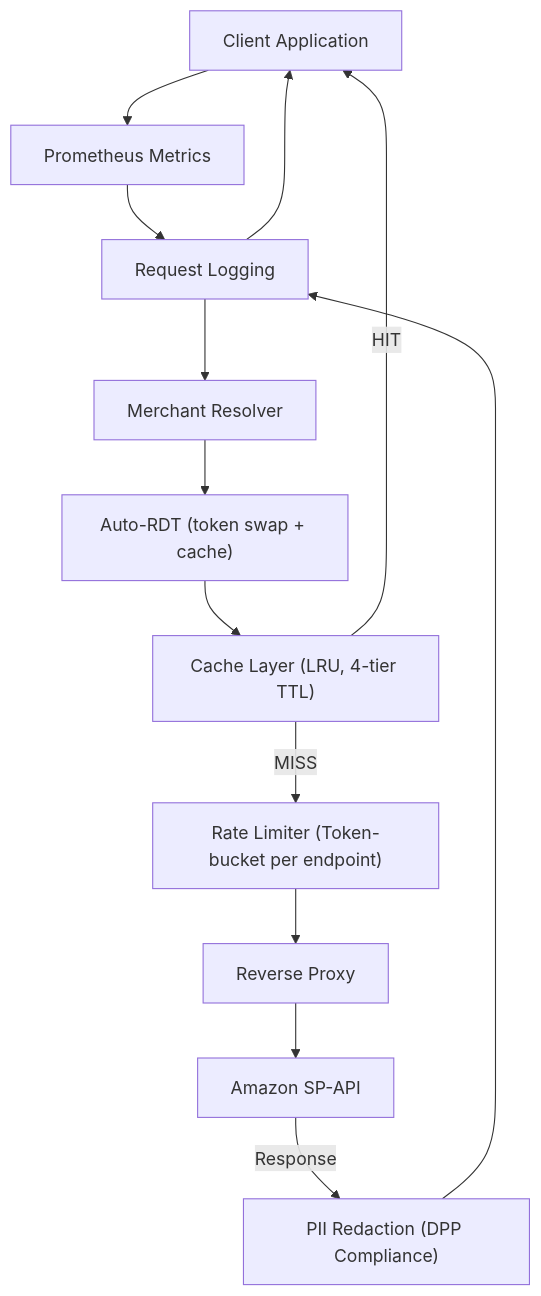
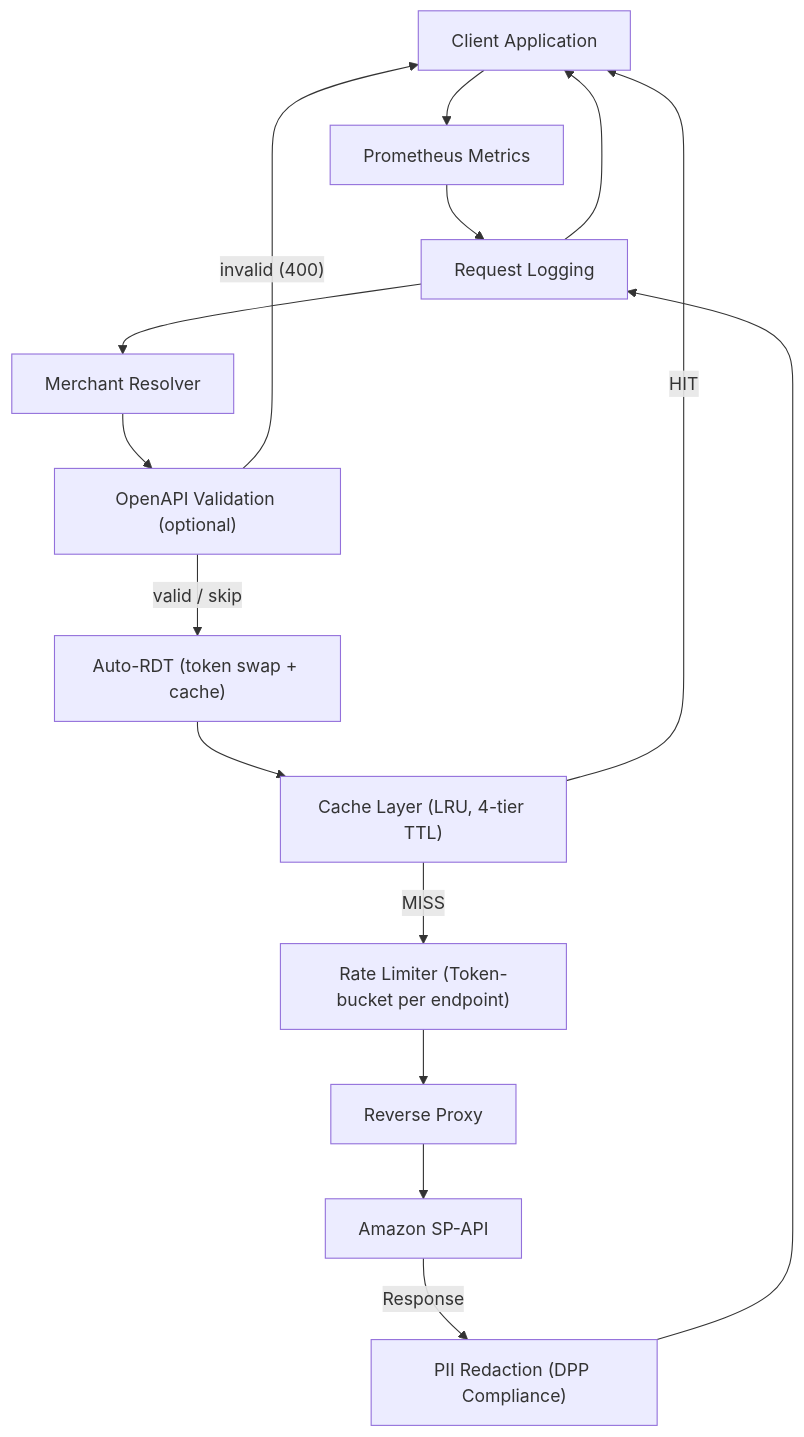
One commit to spiohq/smart-proxy changed the diagram in README.md. Above: the diagram before and after it, drawn with Mermaid. The commit also changed other lines of this file and 2 other files, not shown here.

First line of the commit message:
docs: document input validation feature

````diff
--- a/README.md
+++ b/README.md
@@ -310,18 +323,21 @@
 ```mermaid
 flowchart TD
     Client["Client Application"]
     PM["Prometheus Metrics"]
     RL["Request Logging"]
     MR["Merchant Resolver"]
+    Val["OpenAPI Validation (optional)"]
     RDT["Auto-RDT (token swap + cache)"]
     Cache["Cache Layer (LRU, 4-tier TTL)"]
     Rate["Rate Limiter (Token-bucket per endpoint)"]
     PII["PII Redaction (DPP Compliance)"]
     RP["Reverse Proxy"]
     SPAPI["Amazon SP-API"]
 
-    Client --> PM --> RL --> MR --> RDT --> Cache
+    Client --> PM --> RL --> MR --> Val
+    Val -- "invalid (400)" --> Client
+    Val -- "valid / skip" --> RDT --> Cache
     Cache -- "MISS" --> Rate --> RP --> SPAPI
     Cache -- "HIT" --> Client
     SPAPI -- "Response" --> PII --> RL --> Client
 ```
````
